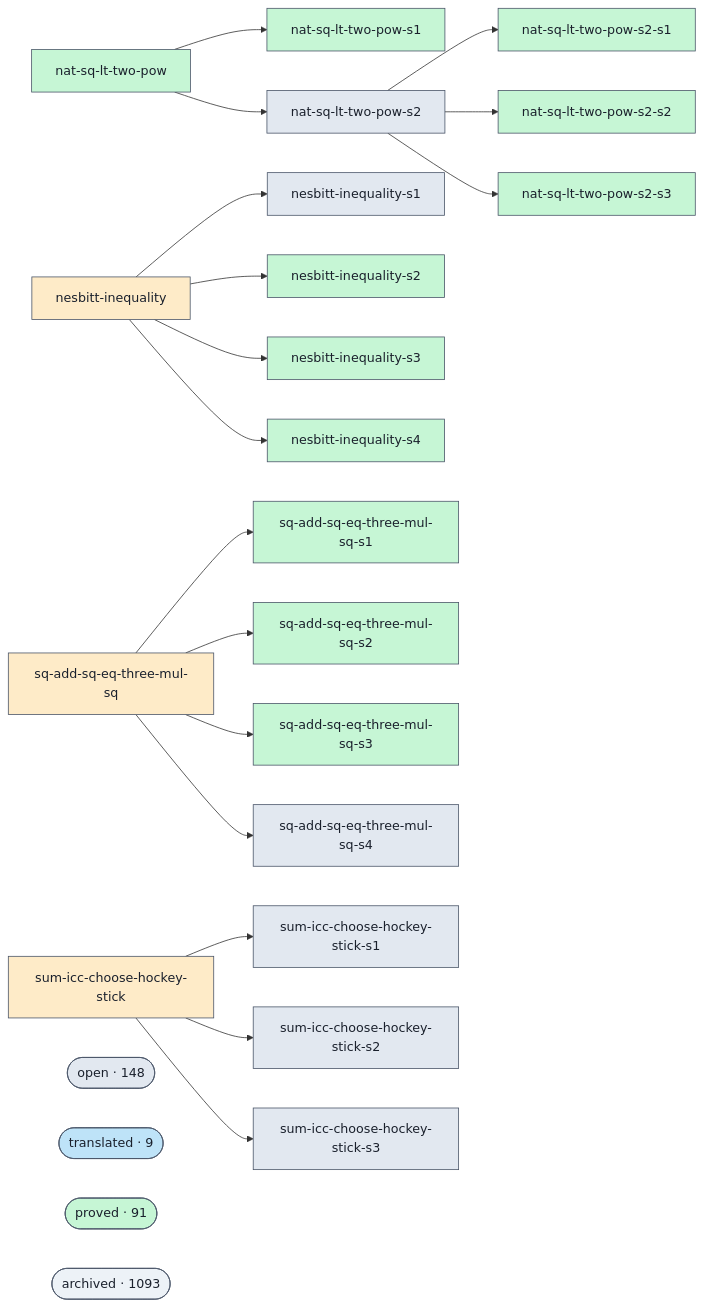
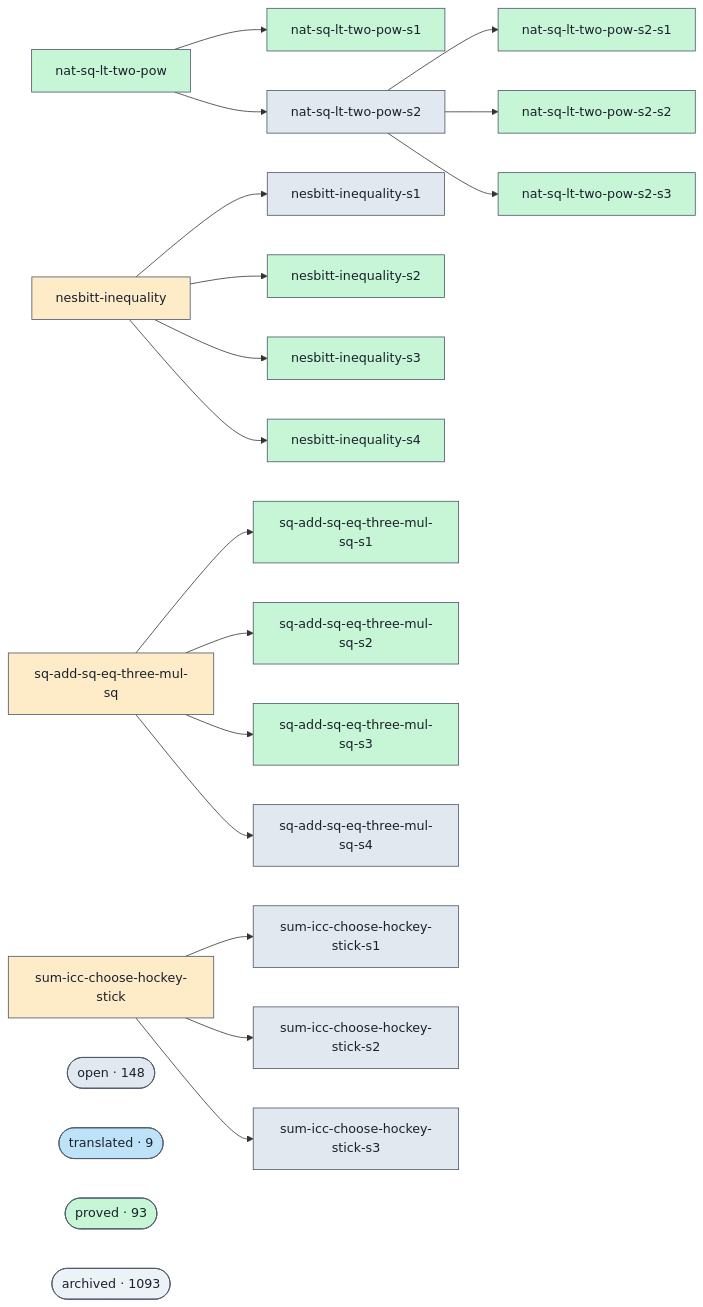
One commit to ohdearquant/unsorry changed the diagram in docs/proofs-contributors-visualisation.md. Above: the diagram before and after it, drawn with Mermaid. The commit also changed other lines of this file and 2 other files, not shown here.

```diff
--- a/docs/proofs-contributors-visualisation.md
+++ b/docs/proofs-contributors-visualisation.md
@@ -102,7 +102,7 @@
   class cluster_open open;
   cluster_translated(["translated · 9"])
   class cluster_translated translated;
-  cluster_proved(["proved · 91"])
+  cluster_proved(["proved · 93"])
   class cluster_proved proved;
   cluster_archived(["archived · 1093"])
   class cluster_archived unknown;
```
